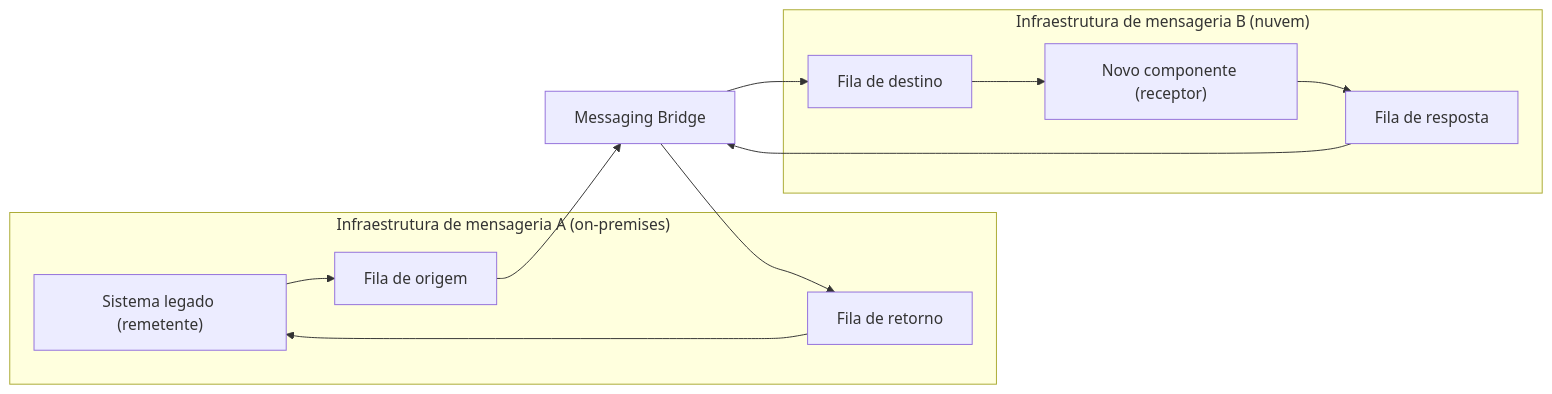
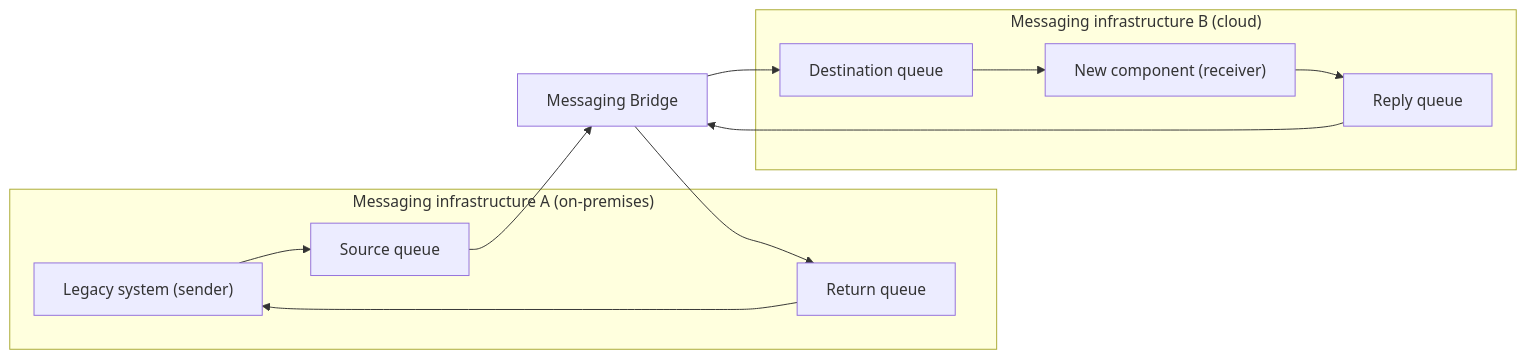
The diagram in docs/cloud/cloud-design-patterns/messaging/messaging-bridge.md (alancesar/design-patterns), drawn with Mermaid before and after one commit. The commit also changed 258 other files, not shown here.

First line of the commit message:
Translate Mermaid diagrams to English

````diff
--- a/docs/cloud/cloud-design-patterns/messaging/messaging-bridge.md
+++ b/docs/cloud/cloud-design-patterns/messaging/messaging-bridge.md
@@ -69,15 +69,15 @@
 ```mermaid
 flowchart LR
-    subgraph A["Infraestrutura de mensageria A (on-premises)"]
-        S["Sistema legado (remetente)"] --> QA["Fila de origem"]
-        QA2["Fila de retorno"] --> S
+    subgraph A["Messaging infrastructure A (on-premises)"]
+        S["Legacy system (sender)"] --> QA["Source queue"]
+        QA2["Return queue"] --> S
     end
-    subgraph B["Infraestrutura de mensageria B (nuvem)"]
-        QB["Fila de destino"] --> R["Novo componente (receptor)"]
-        R --> QB2["Fila de resposta"]
+    subgraph B["Messaging infrastructure B (cloud)"]
+        QB["Destination queue"] --> R["New component (receiver)"]
+        R --> QB2["Reply queue"]
     end
     QA --> BR["Messaging Bridge"]
     BR --> QB
     QB2 --> BR
     BR --> QA2
 ```
````
